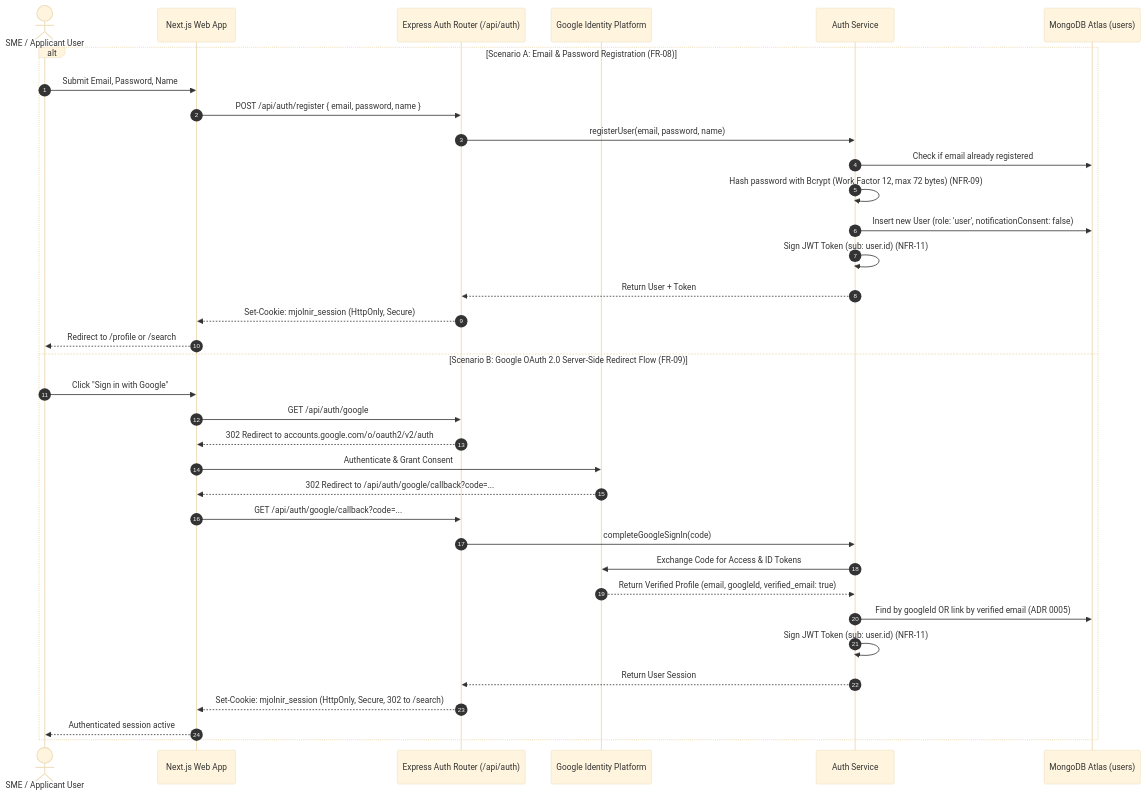
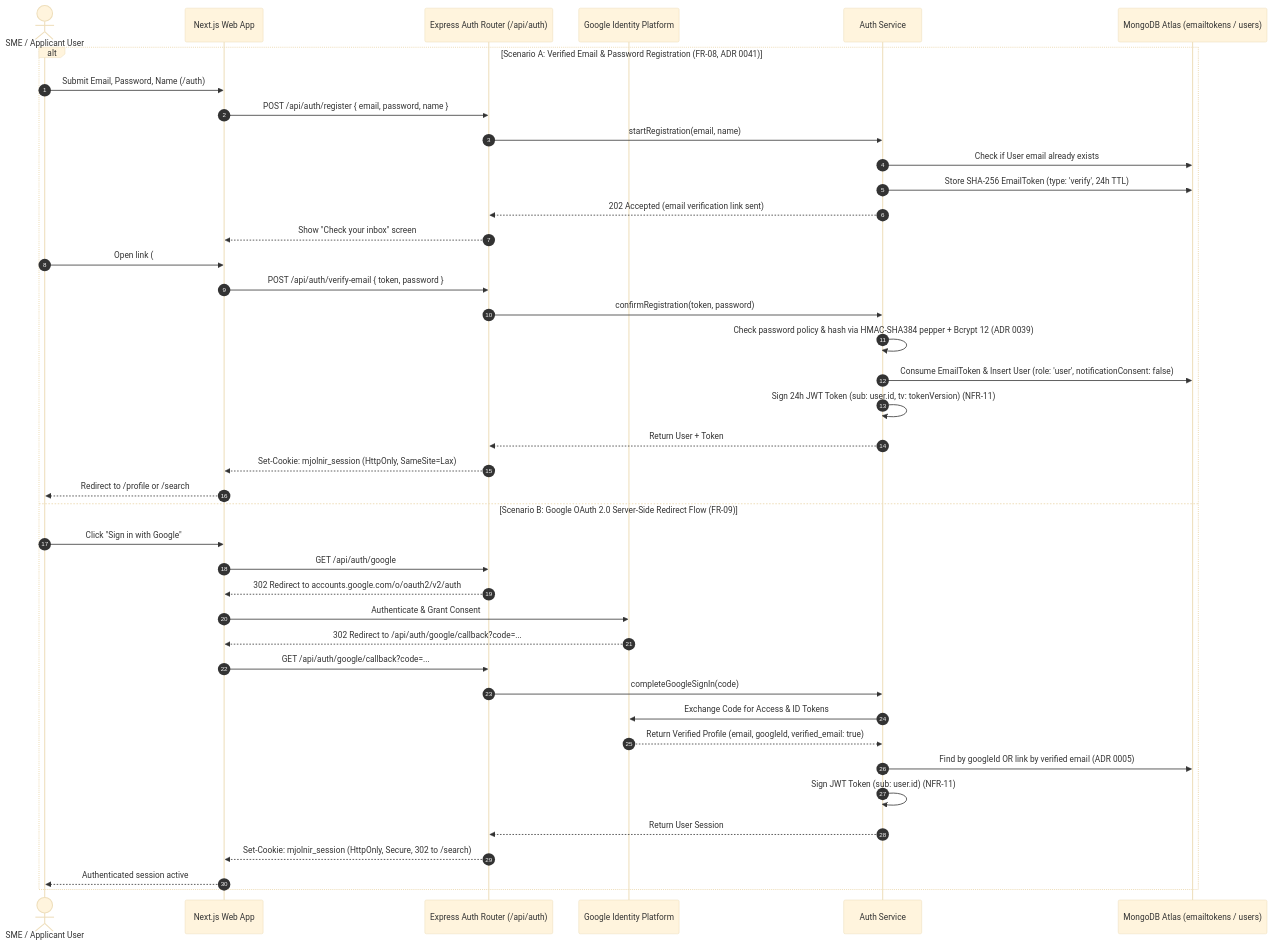
Before and after one commit to PapuBallkub/csp-mjolnir: diagram 13 of 17 in docs/design-document.md, drawn with Mermaid (base theme). The commit also changed other lines of this file, not shown here.

Commit message:
docs: sync design-document.md to v1.1 with live routes, auth, and SRS v0.3

````diff
--- a/docs/design-document.md
+++ b/docs/design-document.md
@@ -1580,38 +1604,44 @@
 ```mermaid
 sequenceDiagram
     autonumber
     actor USER as SME / Applicant User
     participant CLIENT as Next.js Web App
     participant API as Express Auth Router (/api/auth)
     participant GAUTH as Google Identity Platform
     participant SVC as Auth Service
-    participant DB as MongoDB Atlas (users)
+    participant DB as MongoDB Atlas (emailtokens / users)
 
-    alt Scenario A: Email & Password Registration (FR-08)
-        USER->>CLIENT: Submit Email, Password, Name
+    alt Scenario A: Verified Email & Password Registration (FR-08, ADR 0041)
+        USER->>CLIENT: Submit Email, Password, Name (/auth)
         CLIENT->>API: POST /api/auth/register { email, password, name }
-        API->>SVC: registerUser(email, password, name)
-        SVC->>DB: Check if email already registered
-        SVC->>SVC: Hash password with Bcrypt (Work Factor 12, max 72 bytes) (NFR-09)
-        SVC->>DB: Insert new User (role: 'user', notificationConsent: false)
-        SVC->>SVC: Sign JWT Token (sub: user.id) (NFR-11)
+        API->>SVC: startRegistration(email, name)
+        SVC->>DB: Check if User email already exists
+        SVC->>DB: Store SHA-256 EmailToken (type: 'verify', 24h TTL)
+        SVC-->>API: 202 Accepted (email verification link sent)
+        API-->>CLIENT: Show "Check your inbox" screen
+        USER->>CLIENT: Open link (#token=...) on /auth/verify & re-enter password
+        CLIENT->>API: POST /api/auth/verify-email { token, password }
+        API->>SVC: confirmRegistration(token, password)
+        SVC->>SVC: Check password policy & hash via HMAC-SHA384 pepper + Bcrypt 12 (ADR 0039)
+        SVC->>DB: Consume EmailToken & Insert User (role: 'user', notificationConsent: false)
+        SVC->>SVC: Sign 24h JWT Token (sub: user.id, tv: tokenVersion) (NFR-11)
         SVC-->>API: Return User + Token
-        API-->>CLIENT: Set-Cookie: mjolnir_session (HttpOnly, Secure)
+        API-->>CLIENT: Set-Cookie: mjolnir_session (HttpOnly, SameSite=Lax)
         CLIENT-->>USER: Redirect to /profile or /search
     else Scenario B: Google OAuth 2.0 Server-Side Redirect Flow (FR-09)
         USER->>CLIENT: Click "Sign in with Google"
         CLIENT->>API: GET /api/auth/google
         API-->>CLIENT: 302 Redirect to accounts.google.com/o/oauth2/v2/auth
         CLIENT->>GAUTH: Authenticate & Grant Consent
         GAUTH-->>CLIENT: 302 Redirect to /api/auth/google/callback?code=...
         CLIENT->>API: GET /api/auth/google/callback?code=...
         API->>SVC: completeGoogleSignIn(code)
         SVC->>GAUTH: Exchange Code for Access & ID Tokens
         GAUTH-->>SVC: Return Verified Profile (email, googleId, verified_email: true)
         SVC->>DB: Find by googleId OR link by verified email (ADR 0005)
         SVC->>SVC: Sign JWT Token (sub: user.id) (NFR-11)
         SVC-->>API: Return User Session
         API-->>CLIENT: Set-Cookie: mjolnir_session (HttpOnly, Secure, 302 to /search)
         CLIENT-->>USER: Authenticated session active
     end
 ```
````
